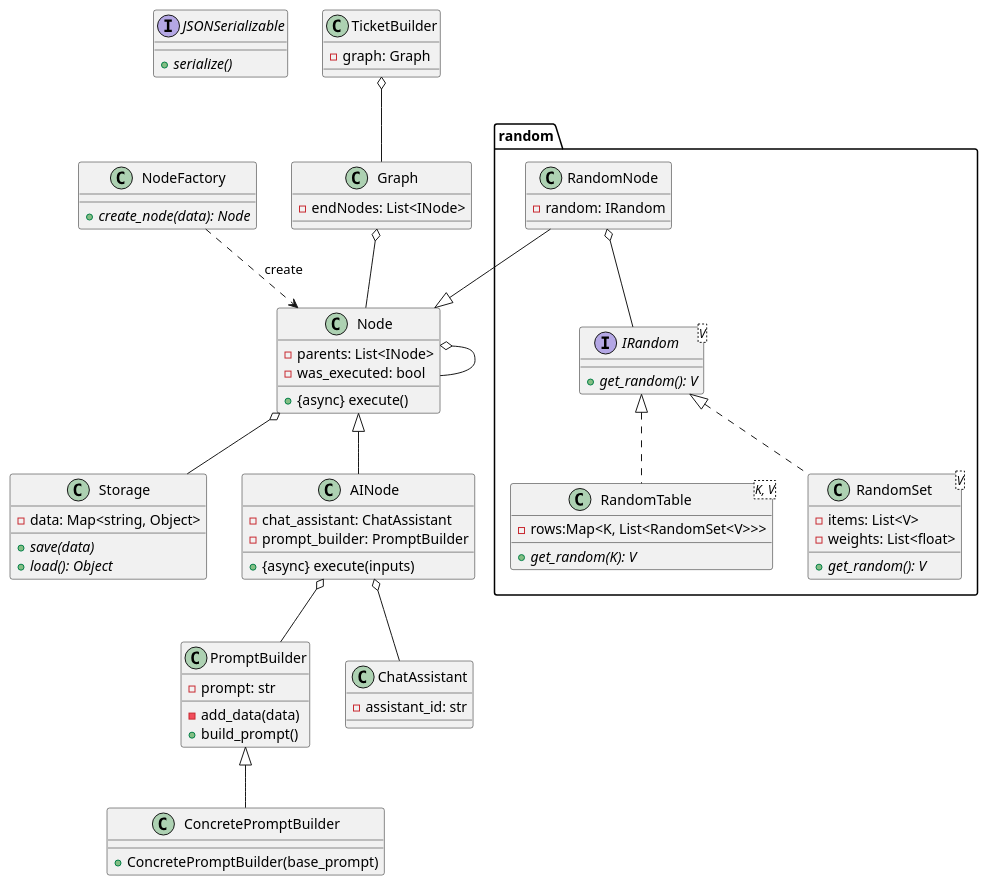
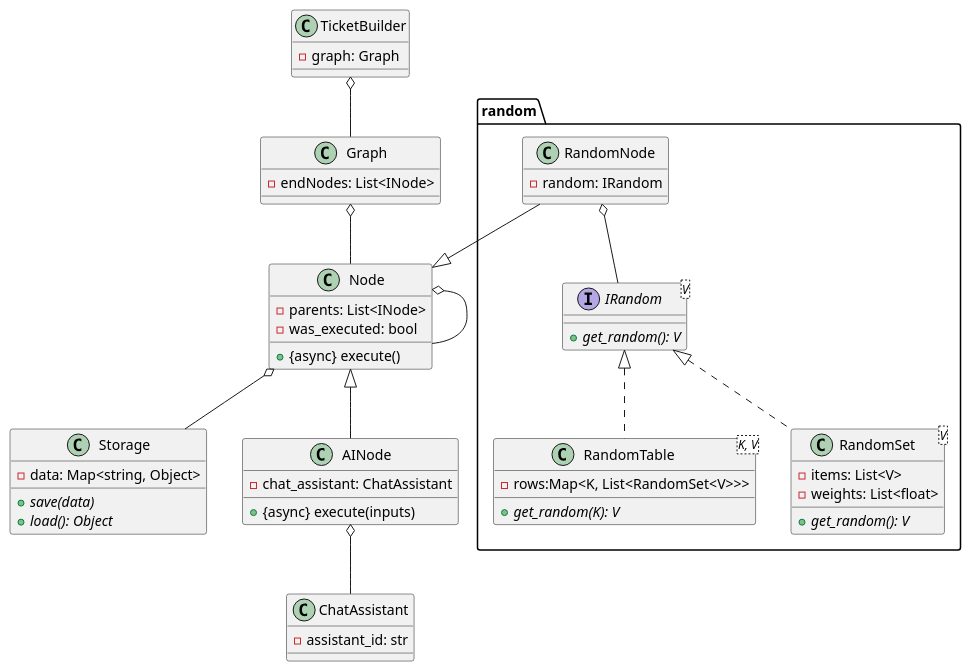
One commit to Softoft/dataset-generator changed the diagram in docs/dataset_generator_class_diagram.puml. Above: the diagram before and after it, drawn with PlantUML. The commit also changed 40 other files, not shown here.

```diff
--- a/docs/dataset_generator_class_diagram.puml
+++ b/docs/dataset_generator_class_diagram.puml
@@ -1,90 +1,70 @@
 @startuml
-interface JSONSerializable{
-    + {abstract} serialize()
-}
 
 class Storage{
     - data: Map<string, Object>
     + {abstract} save(data)
     + {abstract} load(): Object
-}
-
-class NodeFactory{
-    + {abstract} create_node(data): Node
 }
 
 
 class Node{
     - parents: List<INode>
     - was_executed: bool
     + {async} execute()
 }
 
 
 class TicketBuilder{
  - graph: Graph
 }
 
 
 class Graph{
     - endNodes: List<INode>
 }
 
-class PromptBuilder{
-    - prompt: str
-    - add_data(data)
-    + build_prompt()
-}
-
-class ConcretePromptBuilder extends PromptBuilder{
-    + ConcretePromptBuilder(base_prompt)
-}
-
 class AINode extends Node{
     - chat_assistant: ChatAssistant
-    - prompt_builder: PromptBuilder
     + {async} execute(inputs)
 }
 
 class ChatAssistant{
     - assistant_id: str
 }
 
 package random{
 
 class RandomNode{
   - random: IRandom
 }
 interface IRandom<V>{
     + {abstract} get_random(): V
 }
 
 class RandomTable<K, V> implements IRandom{
     - rows:Map<K, List<RandomSet<V>>>
     + {abstract} get_random(K): V
 }
 
 
 class RandomSet<V> implements IRandom{
     - items: List<V>
     - weights: List<float>
     + {abstract} get_random(): V
 }
 
 }
 
 Graph o-- Node
-NodeFactory ..> Node: "create"
 AINode o-- ChatAssistant
-AINode o-- PromptBuilder
 
 
 Node o-- Storage
 Node o-- Node
 
 RandomNode o-- IRandom
 RandomNode --|> Node
 
 TicketBuilder o-- Graph
 
 @enduml
```
